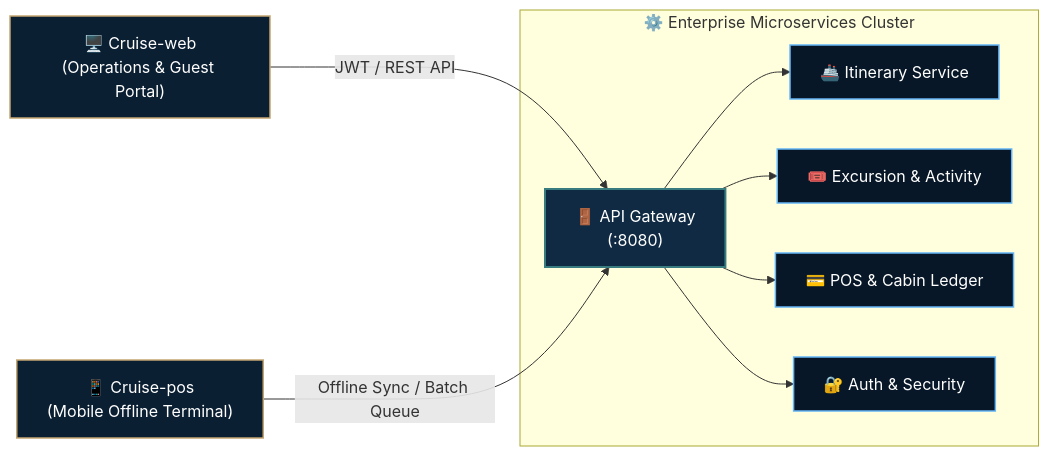
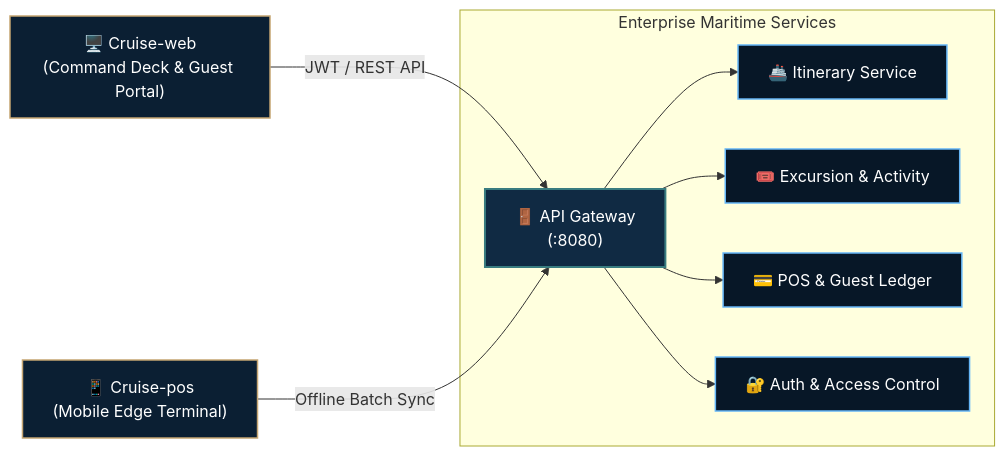
One commit to Cruise-JavaCLass/.github changed the diagram in profile/README.md. Above: the diagram before and after it, drawn with Mermaid. The commit also changed other lines of this file, not shown here.

````diff
--- a/profile/README.md
+++ b/profile/README.md
@@ -64,21 +105,21 @@
 ```mermaid
 graph LR
     classDef client fill:#0B1F33,stroke:#C5A572,stroke-width:1.5px,color:#fff;
     classDef gateway fill:#102A43,stroke:#397C80,stroke-width:2px,color:#fff;
     classDef service fill:#071727,stroke:#64B5F6,stroke-width:1.5px,color:#fff;
 
-    WEB["🖥️ Cruise-web<br/>(Operations & Guest Portal)"]:::client
-    POS["📱 Cruise-pos<br/>(Mobile Offline Terminal)"]:::client
+    WEB["🖥️ Cruise-web<br/>(Command Deck & Guest Portal)"]:::client
+    POS["📱 Cruise-pos<br/>(Mobile Edge Terminal)"]:::client
 
     GW["🚪 API Gateway<br/>(:8080)"]:::gateway
 
     WEB -->|JWT / REST API| GW
-    POS -->|Offline Sync / Batch Queue| GW
+    POS -->|Offline Batch Sync| GW
 
-    subgraph Cluster ["⚙️ Enterprise Microservices Cluster"]
+    subgraph Core ["Enterprise Maritime Services"]
         GW --> ITIN["🚢 Itinerary Service"]:::service
         GW --> ACT["🎟️ Excursion & Activity"]:::service
-        GW --> POSS["💳 POS & Cabin Ledger"]:::service
-        GW --> AUTH["🔐 Auth & Security"]:::service
+        GW --> POSS["💳 POS & Guest Ledger"]:::service
+        GW --> AUTH["🔐 Auth & Access Control"]:::service
     end
 ```
````
